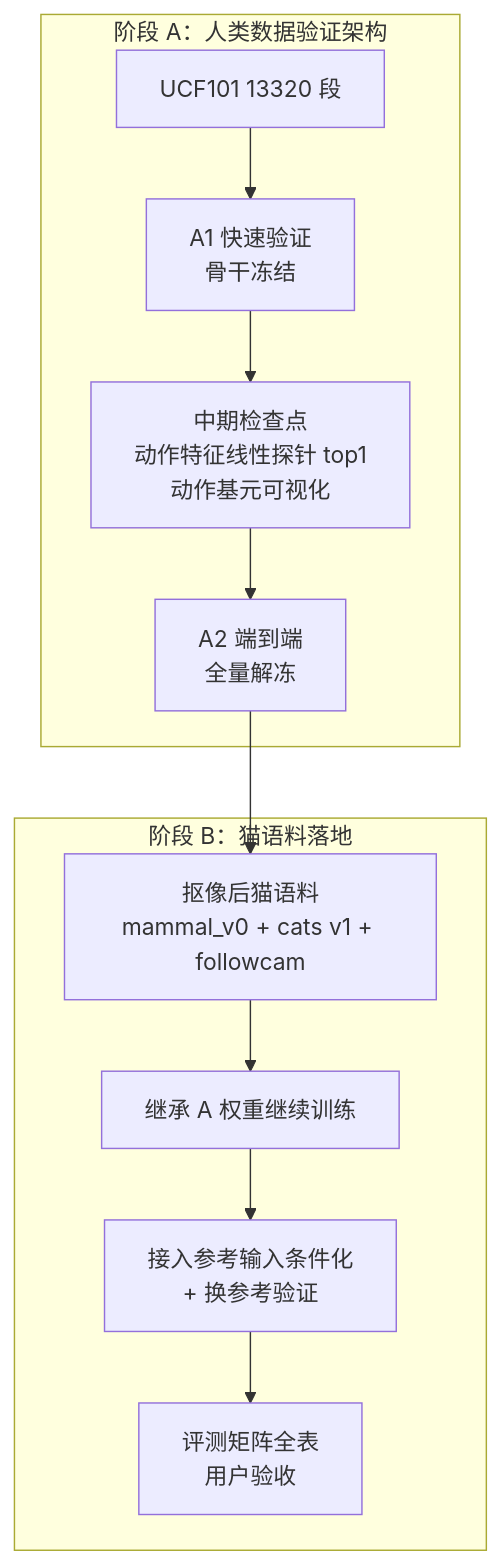
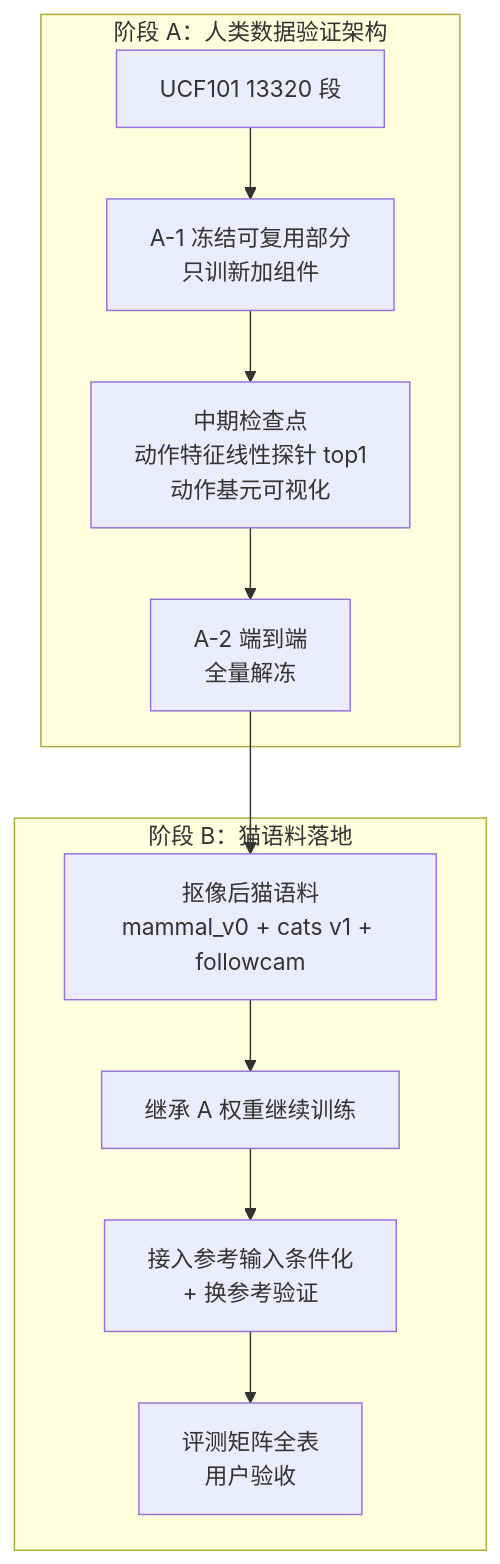
Before and after one commit to gongshangzheng/pet-action-recognition: the second of 2 diagrams in management/docs/identity-tokenizer.md, drawn with Mermaid. The commit also changed other lines of this file and 2 other files, not shown here.

````diff
--- a/management/docs/identity-tokenizer.md
+++ b/management/docs/identity-tokenizer.md
@@ -361,16 +361,16 @@
 ```mermaid
 flowchart TD
     subgraph PA["阶段 A：人类数据验证架构"]
-        A1[UCF101 13320 段] --> A2[A1 快速验证<br/>骨干冻结]
-        A2 --> A3["中期检查点<br/>动作特征线性探针 top1<br/>动作基元可视化"]
-        A3 --> A4[A2 端到端<br/>全量解冻]
+        SA1[UCF101 13320 段] --> SA2["A-1 冻结可复用部分<br/>只训新加组件"]
+        SA2 --> SA3["中期检查点<br/>动作特征线性探针 top1<br/>动作基元可视化"]
+        SA3 --> SA4["A-2 端到端<br/>全量解冻"]
     end
 
     subgraph PB["阶段 B：猫语料落地"]
-        B1[抠像后猫语料<br/>mammal_v0 + cats v1 + followcam] --> B2[继承 A 权重继续训练]
-        B2 --> B3["接入参考输入条件化<br/>+ 换参考验证"]
-        B3 --> B4[评测矩阵全表<br/>用户验收]
+        SB1[抠像后猫语料<br/>mammal_v0 + cats v1 + followcam] --> SB2[继承 A 权重继续训练]
+        SB2 --> SB3["接入参考输入条件化<br/>+ 换参考验证"]
+        SB3 --> SB4[评测矩阵全表<br/>用户验收]
     end
 
-    A4 --> B1
+    SA4 --> SB1
 ```
````
